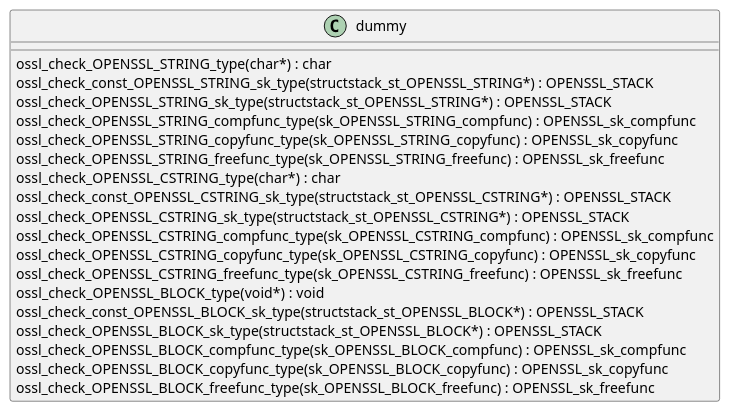
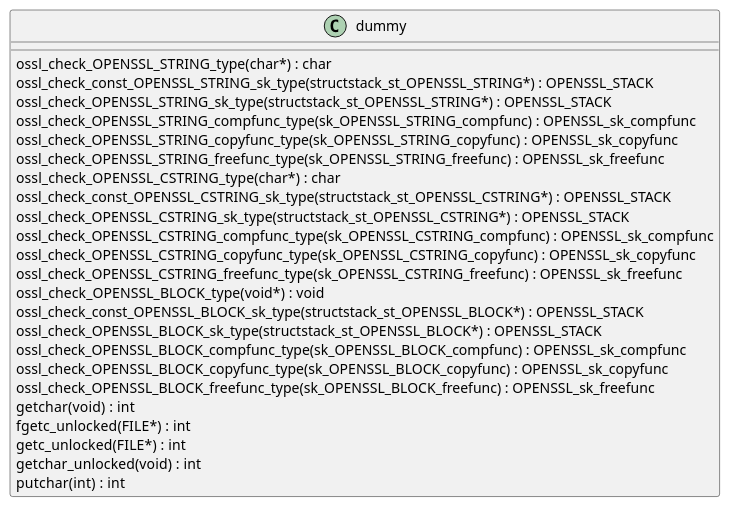
The diagram in docs/qc/providers/implementations/ciphers/cipher_sm4_ccm.c.puml (qualitesys/openssl), drawn with PlantUML before and after one commit. The commit also changed 3865 other files, not shown here.

```diff
--- a/docs/qc/providers/implementations/ciphers/cipher_sm4_ccm.c.puml
+++ b/docs/qc/providers/implementations/ciphers/cipher_sm4_ccm.c.puml
@@ -1,23 +1,28 @@
 @startuml
 !pragma layout smetana
 class dummy {
 ossl_check_OPENSSL_STRING_type(char*) :  char  [[[./../../../.././qc/providers/implementations/ciphers/cipher_sm4_ccm.c.html#469]]]
 ossl_check_const_OPENSSL_STRING_sk_type(structstack_st_OPENSSL_STRING*) : OPENSSL_STACK [[[./../../../.././qc/providers/implementations/ciphers/cipher_sm4_ccm.c.html#469]]]
 ossl_check_OPENSSL_STRING_sk_type(structstack_st_OPENSSL_STRING*) : OPENSSL_STACK [[[./../../../.././qc/providers/implementations/ciphers/cipher_sm4_ccm.c.html#469]]]
 ossl_check_OPENSSL_STRING_compfunc_type(sk_OPENSSL_STRING_compfunc) : OPENSSL_sk_compfunc [[[./../../../.././qc/providers/implementations/ciphers/cipher_sm4_ccm.c.html#469]]]
 ossl_check_OPENSSL_STRING_copyfunc_type(sk_OPENSSL_STRING_copyfunc) : OPENSSL_sk_copyfunc [[[./../../../.././qc/providers/implementations/ciphers/cipher_sm4_ccm.c.html#469]]]
 ossl_check_OPENSSL_STRING_freefunc_type(sk_OPENSSL_STRING_freefunc) : OPENSSL_sk_freefunc [[[./../../../.././qc/providers/implementations/ciphers/cipher_sm4_ccm.c.html#469]]]
 ossl_check_OPENSSL_CSTRING_type(char*) :  char  [[[./../../../.././qc/providers/implementations/ciphers/cipher_sm4_ccm.c.html#471]]]
 ossl_check_const_OPENSSL_CSTRING_sk_type(structstack_st_OPENSSL_CSTRING*) : OPENSSL_STACK [[[./../../../.././qc/providers/implementations/ciphers/cipher_sm4_ccm.c.html#471]]]
 ossl_check_OPENSSL_CSTRING_sk_type(structstack_st_OPENSSL_CSTRING*) : OPENSSL_STACK [[[./../../../.././qc/providers/implementations/ciphers/cipher_sm4_ccm.c.html#471]]]
 ossl_check_OPENSSL_CSTRING_compfunc_type(sk_OPENSSL_CSTRING_compfunc) : OPENSSL_sk_compfunc [[[./../../../.././qc/providers/implementations/ciphers/cipher_sm4_ccm.c.html#471]]]
 ossl_check_OPENSSL_CSTRING_copyfunc_type(sk_OPENSSL_CSTRING_copyfunc) : OPENSSL_sk_copyfunc [[[./../../../.././qc/providers/implementations/ciphers/cipher_sm4_ccm.c.html#471]]]
 ossl_check_OPENSSL_CSTRING_freefunc_type(sk_OPENSSL_CSTRING_freefunc) : OPENSSL_sk_freefunc [[[./../../../.././qc/providers/implementations/ciphers/cipher_sm4_ccm.c.html#471]]]
 ossl_check_OPENSSL_BLOCK_type(void*) :  void  [[[./../../../.././qc/providers/implementations/ciphers/cipher_sm4_ccm.c.html#474]]]
 ossl_check_const_OPENSSL_BLOCK_sk_type(structstack_st_OPENSSL_BLOCK*) : OPENSSL_STACK [[[./../../../.././qc/providers/implementations/ciphers/cipher_sm4_ccm.c.html#474]]]
 ossl_check_OPENSSL_BLOCK_sk_type(structstack_st_OPENSSL_BLOCK*) : OPENSSL_STACK [[[./../../../.././qc/providers/implementations/ciphers/cipher_sm4_ccm.c.html#474]]]
 ossl_check_OPENSSL_BLOCK_compfunc_type(sk_OPENSSL_BLOCK_compfunc) : OPENSSL_sk_compfunc [[[./../../../.././qc/providers/implementations/ciphers/cipher_sm4_ccm.c.html#474]]]
 ossl_check_OPENSSL_BLOCK_copyfunc_type(sk_OPENSSL_BLOCK_copyfunc) : OPENSSL_sk_copyfunc [[[./../../../.././qc/providers/implementations/ciphers/cipher_sm4_ccm.c.html#474]]]
 ossl_check_OPENSSL_BLOCK_freefunc_type(sk_OPENSSL_BLOCK_freefunc) : OPENSSL_sk_freefunc [[[./../../../.././qc/providers/implementations/ciphers/cipher_sm4_ccm.c.html#474]]]
+getchar(void) :  int  [[[./../../../.././qc/providers/implementations/ciphers/cipher_sm4_ccm.c.html#1307]]]
+fgetc_unlocked(FILE*) :  int  [[[./../../../.././qc/providers/implementations/ciphers/cipher_sm4_ccm.c.html#1316]]]
+getc_unlocked(FILE*) :  int  [[[./../../../.././qc/providers/implementations/ciphers/cipher_sm4_ccm.c.html#1326]]]
+getchar_unlocked(void) :  int  [[[./../../../.././qc/providers/implementations/ciphers/cipher_sm4_ccm.c.html#1333]]]
+putchar(int) :  int  [[[./../../../.././qc/providers/implementations/ciphers/cipher_sm4_ccm.c.html#1342]]]
 } 
 @enduml
```
